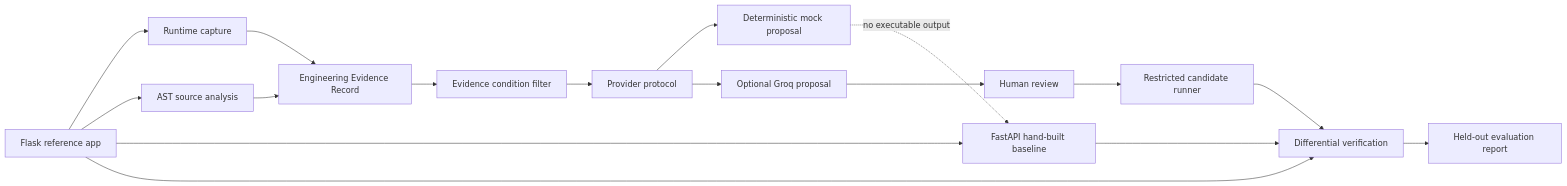
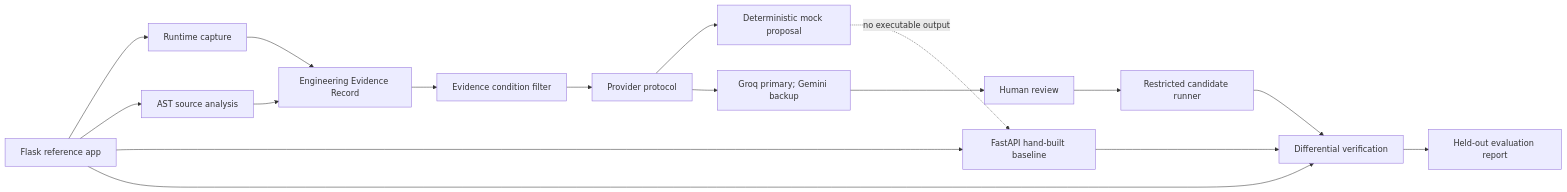
Before and after one commit to karthik-009g/LegacyLift-AI-Assisted-Legacy-Software-Modernization-with-Automated-Functional-Verification: the diagram in docs/architecture.md, drawn with Mermaid. The commit also changed other lines of this file and 298 other files, not shown here.

````diff
--- a/docs/architecture.md
+++ b/docs/architecture.md
@@ -5,19 +5,19 @@
 ```mermaid
 flowchart LR
     A[Flask reference app] --> B[Runtime capture]
     A --> C[AST source analysis]
     B --> D[Engineering Evidence Record]
     C --> D
     D --> E[Evidence condition filter]
     E --> F[Provider protocol]
     F --> G[Deterministic mock proposal]
-    F --> K[Optional Groq proposal]
+    F --> K[Groq primary; Gemini backup]
     K --> L[Human review]
     L --> M[Restricted candidate runner]
     M --> I
     A --> H[FastAPI hand-built baseline]
     G -. no executable output .-> H
     A --> I[Differential verification]
     H --> I
     I --> J[Held-out evaluation report]
 ```
````
